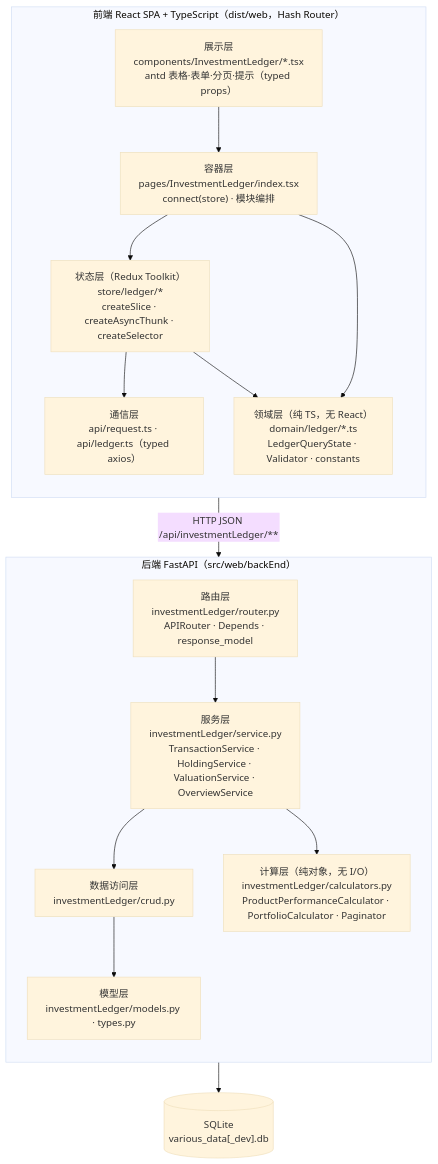
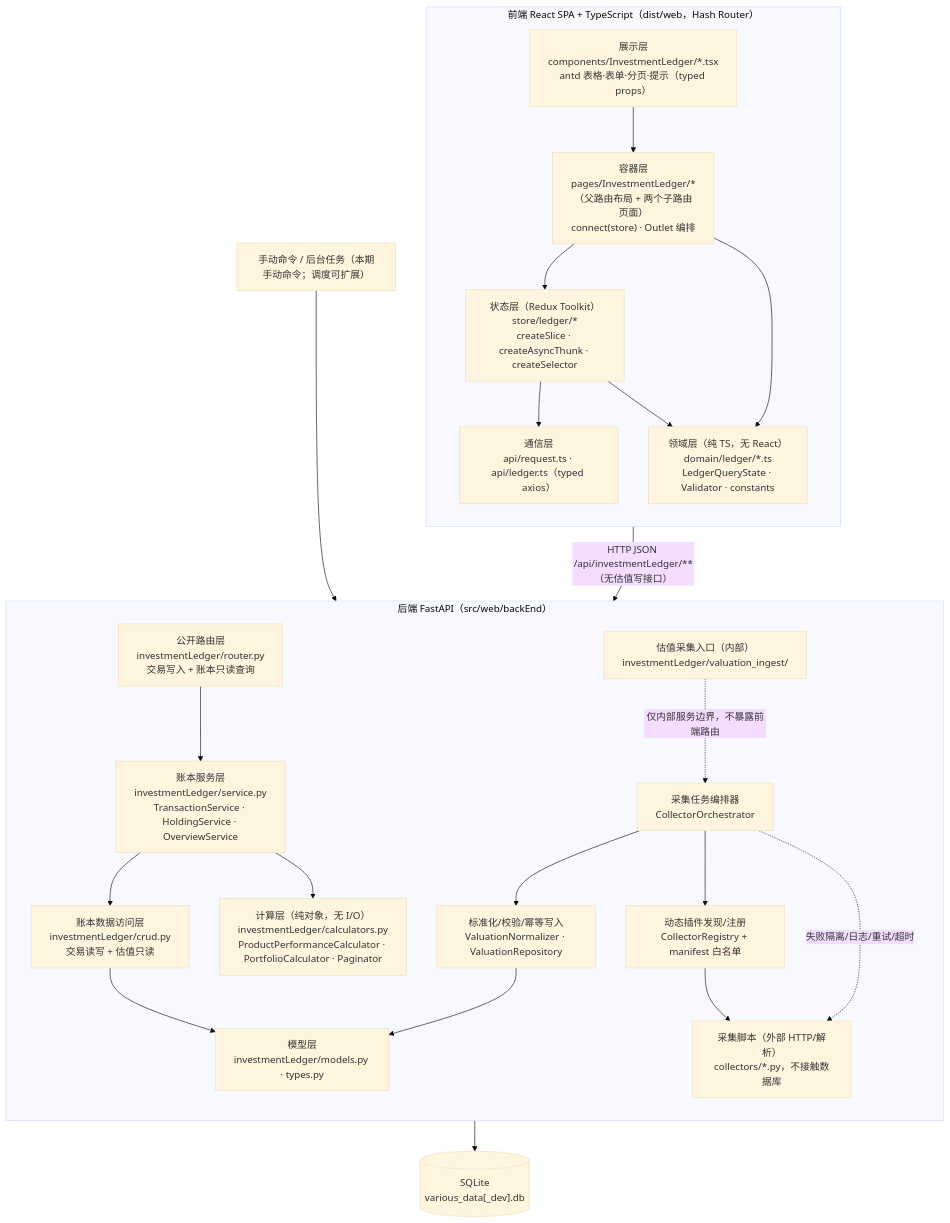
The first of 8 diagrams in .kiro/specs/investment-trade-ledger/design.md (kampfer/various-data), drawn with Mermaid (base theme) before and after one commit. The commit also changed other lines of this file and 4 other files, not shown here.

````diff
--- a/.kiro/specs/investment-trade-ledger/design.md
+++ b/.kiro/specs/investment-trade-ledger/design.md
@@ -59,28 +70,38 @@
 ```mermaid
 flowchart TB
   subgraph FE["前端 React SPA + TypeScript（dist/web，Hash Router）"]
     direction TB
     FE1["展示层<br/>components/InvestmentLedger/*.tsx<br/>antd 表格·表单·分页·提示（typed props）"]
-    FE2["容器层<br/>pages/InvestmentLedger/index.tsx<br/>connect(store) · 模块编排"]
+    FE2["容器层<br/>pages/InvestmentLedger/*（父路由布局 + 两个子路由页面）<br/>connect(store) · Outlet 编排"]
     FE3["状态层（Redux Toolkit）<br/>store/ledger/*<br/>createSlice · createAsyncThunk · createSelector"]
     FE4["领域层（纯 TS，无 React）<br/>domain/ledger/*.ts<br/>LedgerQueryState · Validator · constants"]
     FE5["通信层<br/>api/request.ts · api/ledger.ts（typed axios）"]
     FE1 --> FE2 --> FE3 --> FE5
     FE2 --> FE4
     FE3 --> FE4
   end
 
   subgraph BE["后端 FastAPI（src/web/backEnd）"]
     direction TB
-    BE1["路由层<br/>investmentLedger/router.py<br/>APIRouter · Depends · response_model"]
-    BE2["服务层<br/>investmentLedger/service.py<br/>TransactionService · HoldingService · ValuationService · OverviewService"]
+    BE1["公开路由层<br/>investmentLedger/router.py<br/>交易写入 + 账本只读查询"]
+    BE2["账本服务层<br/>investmentLedger/service.py<br/>TransactionService · HoldingService · OverviewService"]
     BE3["计算层（纯对象，无 I/O）<br/>investmentLedger/calculators.py<br/>ProductPerformanceCalculator · PortfolioCalculator · Paginator"]
-    BE4["数据访问层<br/>investmentLedger/crud.py"]
-    BE5["模型层<br/>investmentLedger/models.py · types.py"]
-    BE1 --> BE2 --> BE4 --> BE5
+    BE4["账本数据访问层<br/>investmentLedger/crud.py<br/>交易读写 + 估值只读"]
+    BE5["估值采集入口（内部）<br/>investmentLedger/valuation_ingest/"]
+    BE6["采集任务编排器<br/>CollectorOrchestrator"]
+    BE7["动态插件发现/注册<br/>CollectorRegistry + manifest 白名单"]
+    BE8["标准化/校验/幂等写入<br/>ValuationNormalizer · ValuationRepository"]
+    BE9["采集脚本（外部 HTTP/解析）<br/>collectors/*.py，不接触数据库"]
+    BE10["模型层<br/>investmentLedger/models.py · types.py"]
+    BE1 --> BE2 --> BE4 --> BE10
     BE2 --> BE3
+    BE6 --> BE7 --> BE9
+    BE6 --> BE8 --> BE10
+    BE6 -."失败隔离/日志/重试/超时".-> BE9
   end
 
-  FE5 -- "HTTP JSON /api/investmentLedger/**" --> BE1
-  BE5 --> DB[("SQLite<br/>various_data[_dev].db")]
+  FE5 -- "HTTP JSON /api/investmentLedger/**（无估值写接口）" --> BE1
+  OPS["手动命令 / 后台任务（本期手动命令；调度可扩展）"] --> BE6
+  BE5 -."仅内部服务边界，不暴露前端路由".-> BE6
+  BE10 --> DB[("SQLite<br/>various_data[_dev].db")]
 ```
````
